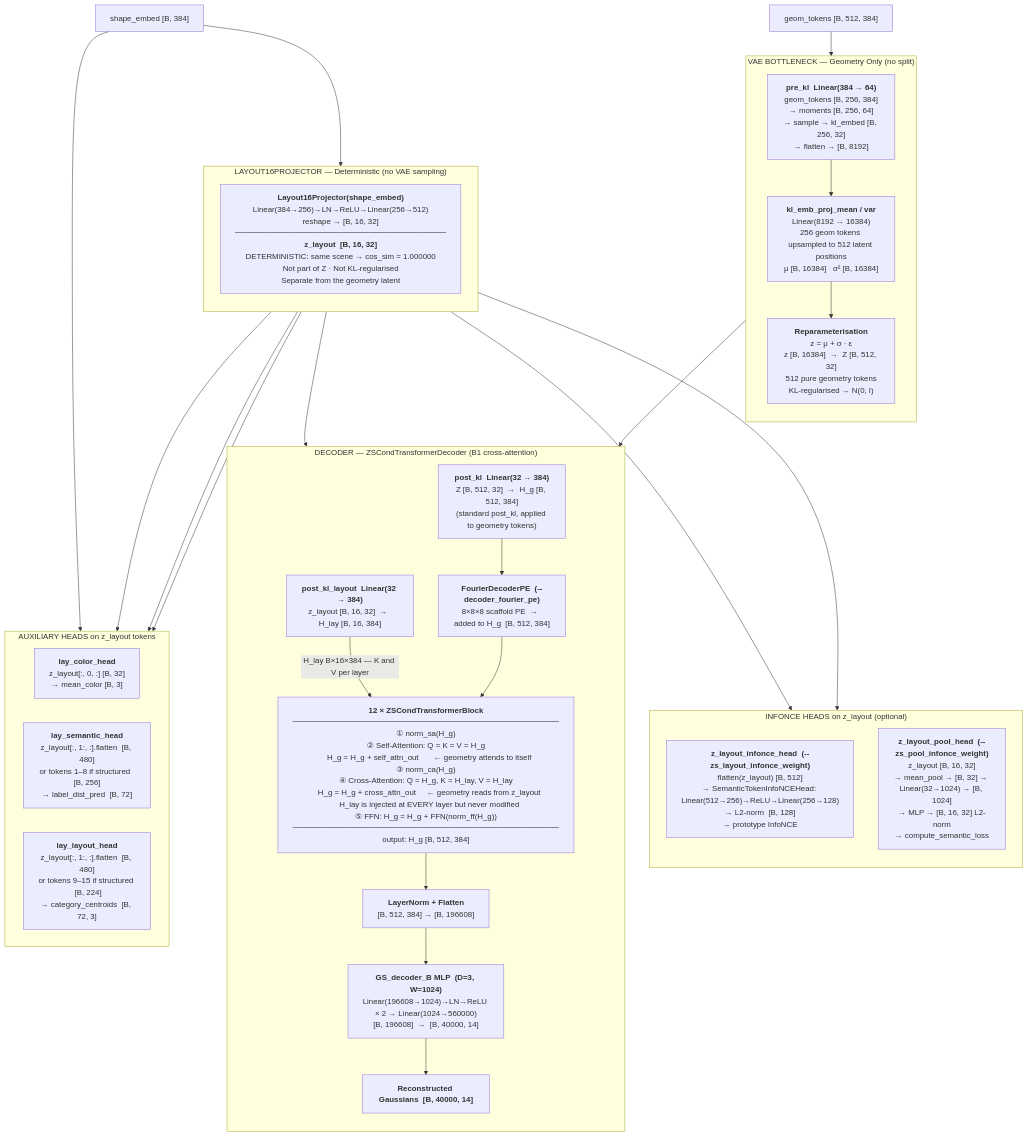
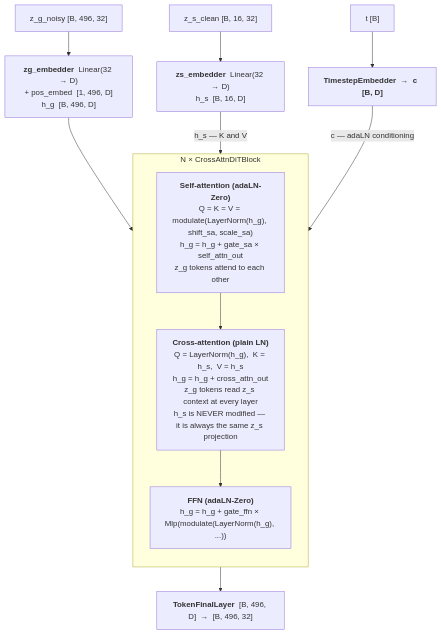
The fifth of 9 diagrams in stage2/README_STAGE2.MD (Hafeezmhk7/Semantic-Scene-Completion), drawn with Mermaid before and after one commit. The commit also changed other lines of this file, not shown here.

````diff
--- a/stage2/README_STAGE2.MD
+++ b/stage2/README_STAGE2.MD
@@ -259,61 +368,25 @@
 ```mermaid
 flowchart TD
-    SE_B["shape_embed  [B, 384]"]
-    GT_B["geom_tokens  [B, 512, 384]"]
+    ZG["z_g_noisy  [B, 496, 32]"]
+    ZS["z_s_clean  [B, 16, 32]"]
+    T["t  [B]"]
 
-    subgraph BOT_B["VAE BOTTLENECK — Geometry Only (no split)"]
+    EMB_G["<b>zg_embedder</b>  Linear(32 → D)<br/>+ pos_embed  [1, 496, D]<br/>h_g  [B, 496, D]"]
+    EMB_S["<b>zs_embedder</b>  Linear(32 → D)<br/>h_s  [B, 16, D]"]
+    TEMB["<b>TimestepEmbedder  →  c  [B, D]</b>"]
+
+    subgraph BLOCK["N × CrossAttnDiTBlock"]
         direction TB
-        PREKL_B["<b>pre_kl  Linear(384 → 64)</b><br/>geom_tokens [B, 256, 384]<br/>→ moments [B, 256, 64]<br/>→ sample → kl_embed [B, 256, 32]<br/>→ flatten → [B, 8192]"]
-        MU_B["<b>kl_emb_proj_mean / var</b><br/>Linear(8192 → 16384)<br/>256 geom tokens upsampled to 512 latent positions<br/>μ [B, 16384]   σ² [B, 16384]"]
-        REPARAM_B["<b>Reparameterisation</b><br/>z = μ + σ · ε<br/>z [B, 16384]  →  Z [B, 512, 32]<br/>512 pure geometry tokens<br/>KL-regularised → N(0, I)"]
+        SA["<b>Self-attention (adaLN-Zero)</b><br/>Q = K = V = modulate(LayerNorm(h_g), shift_sa, scale_sa)<br/>h_g = h_g + gate_sa × self_attn_out<br/>z_g tokens attend to each other"]
+        CA["<b>Cross-attention (plain LN)</b><br/>Q = LayerNorm(h_g),  K = h_s,  V = h_s<br/>h_g = h_g + cross_attn_out<br/>z_g tokens read z_s context at every layer<br/>h_s is NEVER modified — it is always the same z_s projection"]
+        FFN["<b>FFN (adaLN-Zero)</b><br/>h_g = h_g + gate_ffn × Mlp(modulate(LayerNorm(h_g), ...))"]
+        SA --> CA --> FFN
     end
 
-    subgraph PROJECTOR["LAYOUT16PROJECTOR — Deterministic (no VAE sampling)"]
-        direction TB
-        L16["<b>Layout16Projector(shape_embed)</b><br/>Linear(384→256)→LN→ReLU→Linear(256→512)<br/>reshape → [B, 16, 32]<br/>──────────────────────────────────────<br/><b>z_layout  [B, 16, 32]</b><br/>DETERMINISTIC: same scene → cos_sim = 1.000000<br/>Not part of Z · Not KL-regularised<br/>Separate from the geometry latent"]
-    end
+    FINAL["<b>TokenFinalLayer</b>  [B, 496, D]  →  [B, 496, 32]"]
 
-    subgraph HEADS_B["AUXILIARY HEADS on z_layout tokens"]
-        direction LR
-        HC_B["<b>lay_color_head</b><br/>z_layout[:, 0, :]  [B, 32]<br/>→ mean_color  [B, 3]"]
-        HS_B["<b>lay_semantic_head</b><br/>z_layout[:, 1:, :].flatten  [B, 480]<br/>or tokens 1–8 if structured  [B, 256]<br/>→ label_dist_pred  [B, 72]"]
-        HL_B["<b>lay_layout_head</b><br/>z_layout[:, 1:, :].flatten  [B, 480]<br/>or tokens 9–15 if structured  [B, 224]<br/>→ category_centroids  [B, 72, 3]"]
-    end
-
-    subgraph INFONCE_B["INFONCE HEADS on z_layout (optional)"]
-        direction TB
-        LAYNCE_B["<b>z_layout_infonce_head  (--zs_layout_infonce_weight)</b><br/>flatten(z_layout) [B, 512]<br/>→ SemanticTokenInfoNCEHead: Linear(512→256)→ReLU→Linear(256→128)<br/>→ L2-norm  [B, 128]<br/>→ prototype InfoNCE"]
-        POOLNCE_B["<b>z_layout_pool_head  (--zs_pool_infonce_weight)</b><br/>z_layout [B, 16, 32]<br/>→ mean_pool → [B, 32] → Linear(32→1024) → [B, 1024]<br/>→ MLP → [B, 16, 32] L2-norm<br/>→ compute_semantic_loss"]
-    end
-
-    subgraph DECODER_B1["DECODER — ZSCondTransformerDecoder (B1 cross-attention)"]
-        direction TB
-
-        POSTKL_GEO["<b>post_kl  Linear(32 → 384)</b><br/>Z [B, 512, 32]  →  H_g [B, 512, 384]<br/>(standard post_kl, applied to geometry tokens)"]
-
-        POSTKL_LAY["<b>post_kl_layout  Linear(32 → 384)</b><br/>z_layout [B, 16, 32]  →  H_lay [B, 16, 384]"]
-
-        FOURPE_B["<b>FourierDecoderPE  (--decoder_fourier_pe)</b><br/>8×8×8 scaffold PE  →  added to H_g  [B, 512, 384]"]
-
-        LAYER["<b>12 × ZSCondTransformerBlock</b><br/>────────────────────────────────────────────────<br/>① norm_sa(H_g)<br/>② Self-Attention: Q = K = V = H_g<br/>   H_g = H_g + self_attn_out       ← geometry attends to itself<br/>③ norm_ca(H_g)<br/>④ Cross-Attention: Q = H_g, K = H_lay, V = H_lay<br/>   H_g = H_g + cross_attn_out     ← geometry reads from z_layout<br/>   H_lay is injected at EVERY layer but never modified<br/>⑤ FFN: H_g = H_g + FFN(norm_ff(H_g))<br/>────────────────────────────────────────────────<br/>output: H_g [B, 512, 384]"]
-
-        FLAT_B["<b>LayerNorm + Flatten</b><br/>[B, 512, 384]  →  [B, 196608]"]
-
-        GSMLP_B["<b>GS_decoder_B MLP  (D=3, W=1024)</b><br/>Linear(196608→1024)→LN→ReLU × 2 → Linear(1024→560000)<br/>[B, 196608]  →  [B, 40000, 14]"]
-
-        OUT_B["<b>Reconstructed Gaussians  [B, 40000, 14]</b>"]
-    end
-
-    SE_B --> L16
-    SE_B --> HEADS_B
-    GT_B --> PREKL_B --> MU_B --> REPARAM_B
-
-    L16 --> HC_B & HS_B & HL_B
-    L16 --> LAYNCE_B & POOLNCE_B
-    L16 --> POSTKL_LAY
-
-    REPARAM_B --> POSTKL_GEO --> FOURPE_B
-    POSTKL_LAY -->|"H_lay B×16×384 — K and V per layer"| LAYER
-    FOURPE_B --> LAYER
-    LAYER --> FLAT_B --> GSMLP_B --> OUT_B
+    ZG --> EMB_G --> BLOCK
+    ZS --> EMB_S -->|"h_s — K and V"| BLOCK
+    T  --> TEMB  -->|"c — adaLN conditioning"| BLOCK
+    BLOCK --> FINAL
 ```
````
